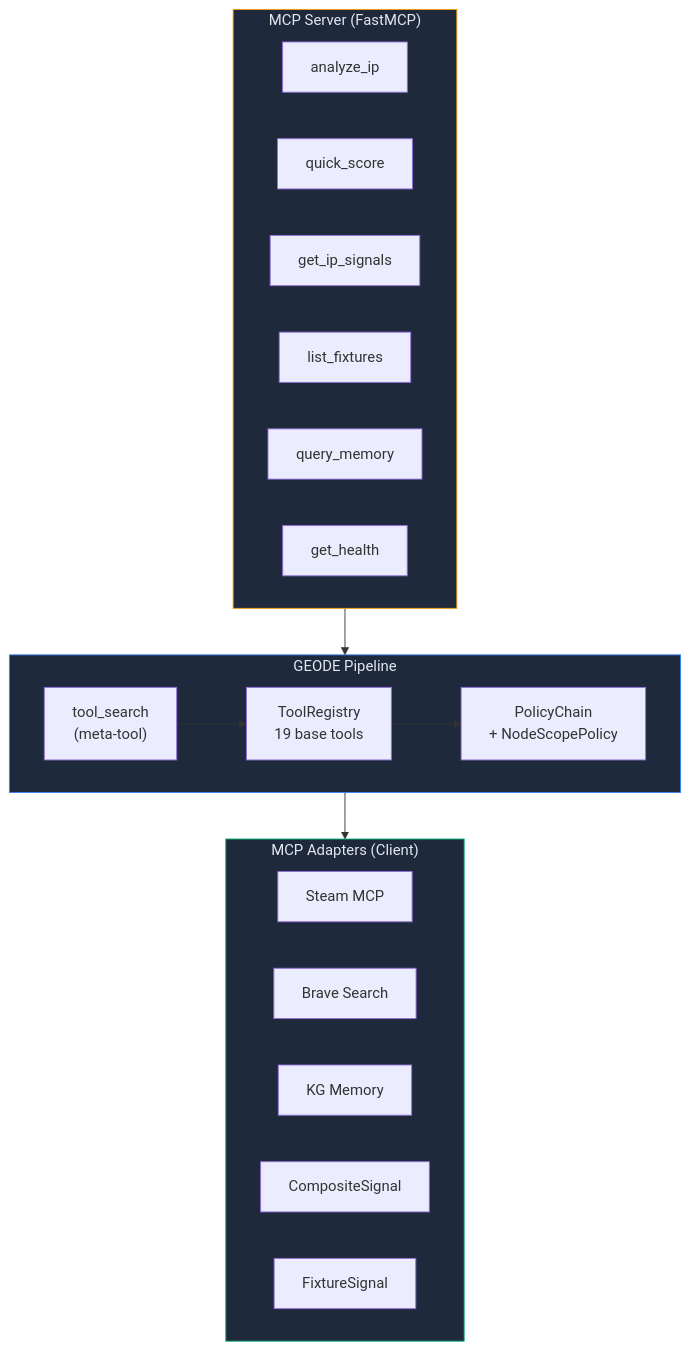
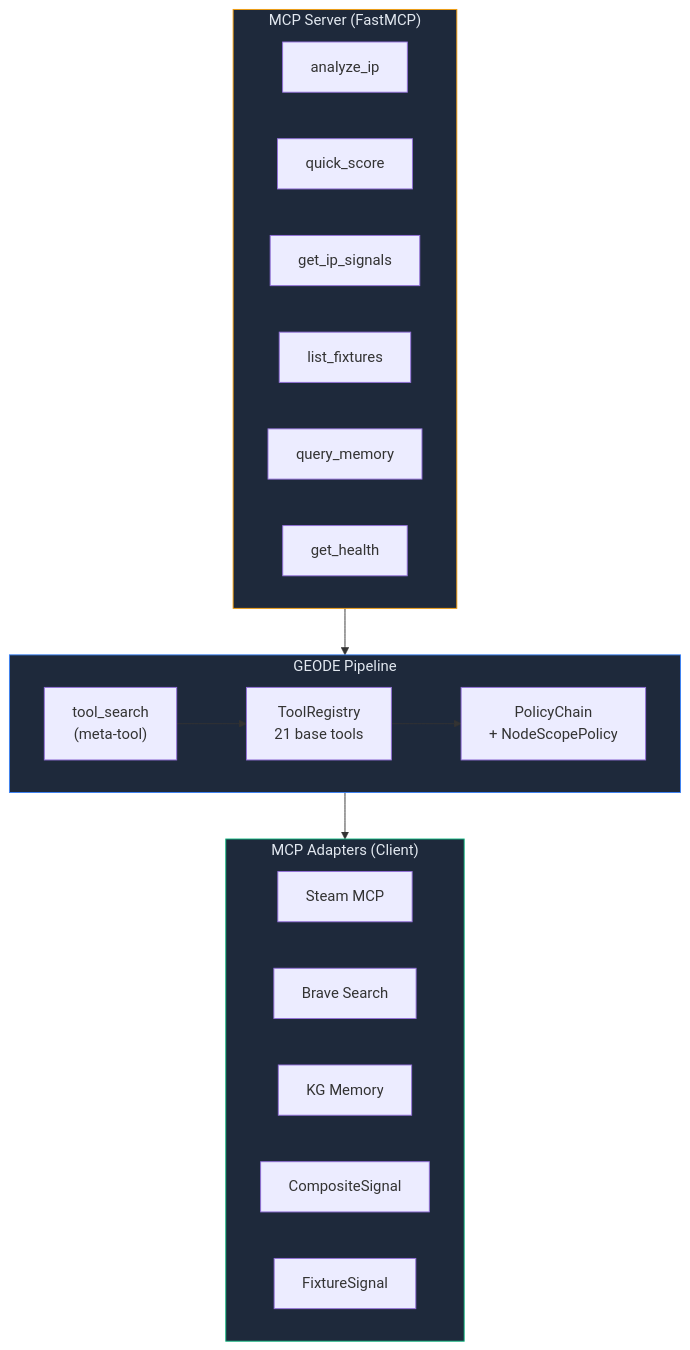
One commit to mangowhoiscloud/geode changed the sixth of 12 diagrams in README.md. Above: the diagram before and after it, drawn with Mermaid. The commit also changed other lines of this file and 8 other files, not shown here.

````diff
--- a/README.md
+++ b/README.md
@@ -267,34 +267,34 @@
 ```mermaid
 graph TB
     subgraph GEODE["GEODE Pipeline"]
-        Registry["ToolRegistry<br/>19 base tools"]
+        Registry["ToolRegistry<br/>21 base tools"]
         Policy["PolicyChain<br/>+ NodeScopePolicy"]
         TS["tool_search<br/>(meta-tool)"]
     end
 
     subgraph MCPAdapters["MCP Adapters (Client)"]
         Steam["Steam MCP"]
         Brave["Brave Search"]
         KGMem["KG Memory"]
         CompSig["CompositeSignal"]
         FixSig["FixtureSignal"]
     end
 
     subgraph MCPServer["MCP Server (FastMCP)"]
         T1["analyze_ip"]
         T2["quick_score"]
         T3["get_ip_signals"]
         T4["list_fixtures"]
         T5["query_memory"]
         T6["get_health"]
     end
 
     Registry --> Policy
     TS --> Registry
     GEODE --> MCPAdapters
     MCPServer --> GEODE
 
     style GEODE fill:#1e293b,stroke:#3b82f6,color:#e2e8f0
     style MCPAdapters fill:#1e293b,stroke:#10b981,color:#e2e8f0
     style MCPServer fill:#1e293b,stroke:#f59e0b,color:#e2e8f0
 ```
````
